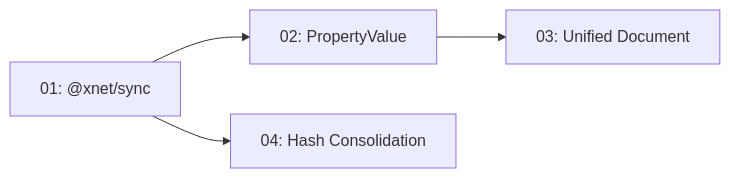
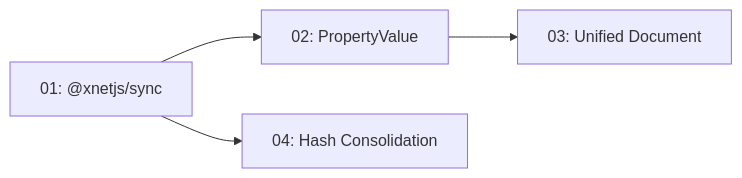
One commit to crs48/xNet changed the fourth of 4 diagrams in docs/plans/plan02_1DataModelConsolidation/00-overview.md. Above: the diagram before and after it, drawn with Mermaid. The commit also changed other lines of this file and 980 other files, not shown here.

````diff
--- a/docs/plans/plan02_1DataModelConsolidation/00-overview.md
+++ b/docs/plans/plan02_1DataModelConsolidation/00-overview.md
@@ -211,6 +211,6 @@
 ```mermaid
 flowchart LR
-    P1["01: @xnet/sync"] --> P2["02: PropertyValue"]
+    P1["01: @xnetjs/sync"] --> P2["02: PropertyValue"]
     P2 --> P3["03: Unified Document"]
     P1 --> P4["04: Hash Consolidation"]
 ```
````
